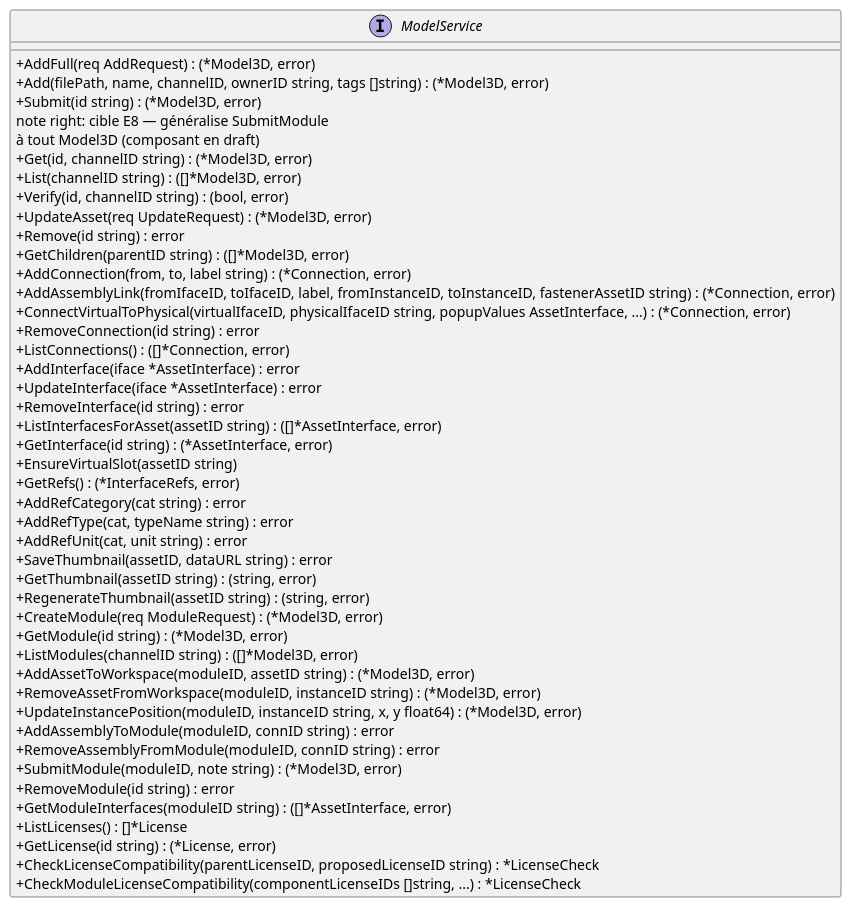
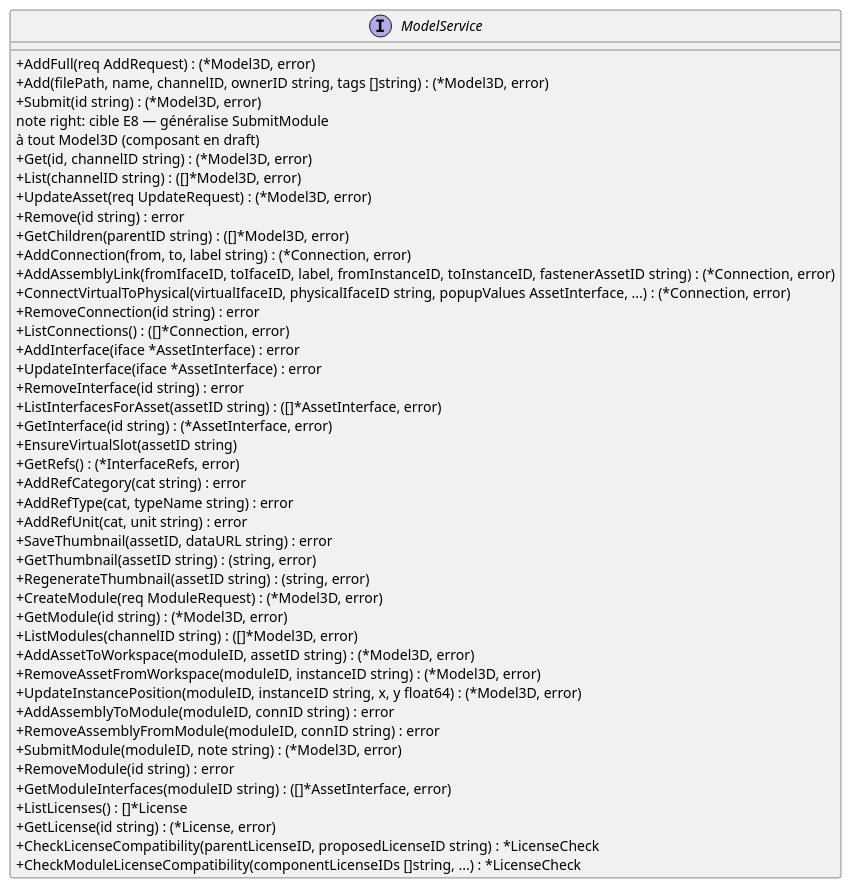
Before and after one commit to myr-forge/myr-core: the fourth of 5 diagrams in specs/3-Conception/Architecture_Composition.md, drawn with PlantUML. The commit also changed other lines of this file and 52 other files, not shown here.

````diff
--- a/specs/3-Conception/Architecture_Composition.md
+++ b/specs/3-Conception/Architecture_Composition.md
@@ -401,56 +401,55 @@
 ```plantuml
 @startuml
 skinparam classAttributeIconSize 0
 interface ModelService {
   ' D3/D4 — Composants
   + AddFull(req AddRequest) : (*Model3D, error)
   + Add(filePath, name, channelID, ownerID string, tags []string) : (*Model3D, error)
   + Submit(id string) : (*Model3D, error)
   note right: cible E8 — généralise SubmitModule\nà tout Model3D (composant en draft)
   + Get(id, channelID string) : (*Model3D, error)
   + List(channelID string) : ([]*Model3D, error)
-  + Verify(id, channelID string) : (bool, error)
   + UpdateAsset(req UpdateRequest) : (*Model3D, error)
   + Remove(id string) : error
   + GetChildren(parentID string) : ([]*Model3D, error)
   ' D5 — Connexions (composition d'un module)
   + AddConnection(from, to, label string) : (*Connection, error)
   + AddAssemblyLink(fromIfaceID, toIfaceID, label, fromInstanceID, toInstanceID, fastenerAssetID string) : (*Connection, error)
   + ConnectVirtualToPhysical(virtualIfaceID, physicalIfaceID string, popupValues AssetInterface, ...) : (*Connection, error)
   + RemoveConnection(id string) : error
   + ListConnections() : ([]*Connection, error)
   ' D5 — Interfaces physiques
   + AddInterface(iface *AssetInterface) : error
   + UpdateInterface(iface *AssetInterface) : error
   + RemoveInterface(id string) : error
   + ListInterfacesForAsset(assetID string) : ([]*AssetInterface, error)
   + GetInterface(id string) : (*AssetInterface, error)
   + EnsureVirtualSlot(assetID string)
   + GetRefs() : (*InterfaceRefs, error)
   + AddRefCategory(cat string) : error
   + AddRefType(cat, typeName string) : error
   + AddRefUnit(cat, unit string) : error
   ' D5 — Miniatures
   + SaveThumbnail(assetID, dataURL string) : error
   + GetThumbnail(assetID string) : (string, error)
   + RegenerateThumbnail(assetID string) : (string, error)
   ' D6 — Modules
   + CreateModule(req ModuleRequest) : (*Model3D, error)
   + GetModule(id string) : (*Model3D, error)
   + ListModules(channelID string) : ([]*Model3D, error)
   + AddAssetToWorkspace(moduleID, assetID string) : (*Model3D, error)
   + RemoveAssetFromWorkspace(moduleID, instanceID string) : (*Model3D, error)
   + UpdateInstancePosition(moduleID, instanceID string, x, y float64) : (*Model3D, error)
   + AddAssemblyToModule(moduleID, connID string) : error
   + RemoveAssemblyFromModule(moduleID, connID string) : error
   + SubmitModule(moduleID, note string) : (*Model3D, error)
   + RemoveModule(id string) : error
   + GetModuleInterfaces(moduleID string) : ([]*AssetInterface, error)
   ' Licences
   + ListLicenses() : []*License
   + GetLicense(id string) : (*License, error)
   + CheckLicenseCompatibility(parentLicenseID, proposedLicenseID string) : *LicenseCheck
   + CheckModuleLicenseCompatibility(componentLicenseIDs []string, ...) : *LicenseCheck
 }
 @enduml
 ```
````
